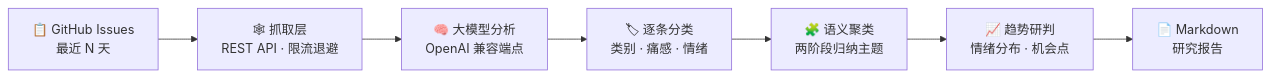
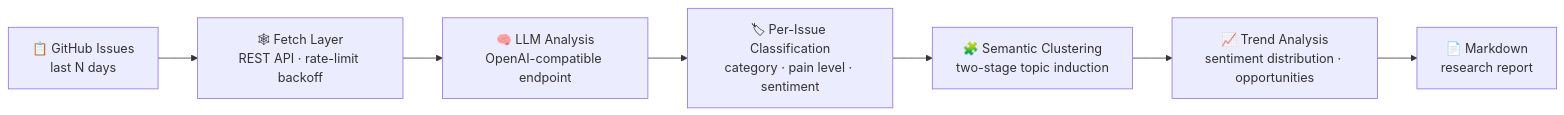
The diagram in README.md (Mocas-12/gh-pain-intel), drawn with Mermaid before and after one commit. The commit also changed other lines of this file and 1 other file, not shown here.

````diff
--- a/README.md
+++ b/README.md
@@ -50,9 +52,9 @@
 ```mermaid
 flowchart LR
-    A[📋 GitHub Issues<br/>最近 N 天] --> B[🕸 抓取层<br/>REST API · 限流退避]
-    B --> C[🧠 大模型分析<br/>OpenAI 兼容端点]
-    C --> D[🏷 逐条分类<br/>类别 · 痛感 · 情绪]
-    D --> E[🧩 语义聚类<br/>两阶段归纳主题]
-    E --> F[📈 趋势研判<br/>情绪分布 · 机会点]
-    F --> G[📄 Markdown<br/>研究报告]
+    A[📋 GitHub Issues<br/>last N days] --> B[🕸 Fetch Layer<br/>REST API · rate-limit backoff]
+    B --> C[🧠 LLM Analysis<br/>OpenAI-compatible endpoint]
+    C --> D[🏷 Per-Issue Classification<br/>category · pain level · sentiment]
+    D --> E[🧩 Semantic Clustering<br/>two-stage topic induction]
+    E --> F[📈 Trend Analysis<br/>sentiment distribution · opportunities]
+    F --> G[📄 Markdown<br/>research report]
 ```
````
